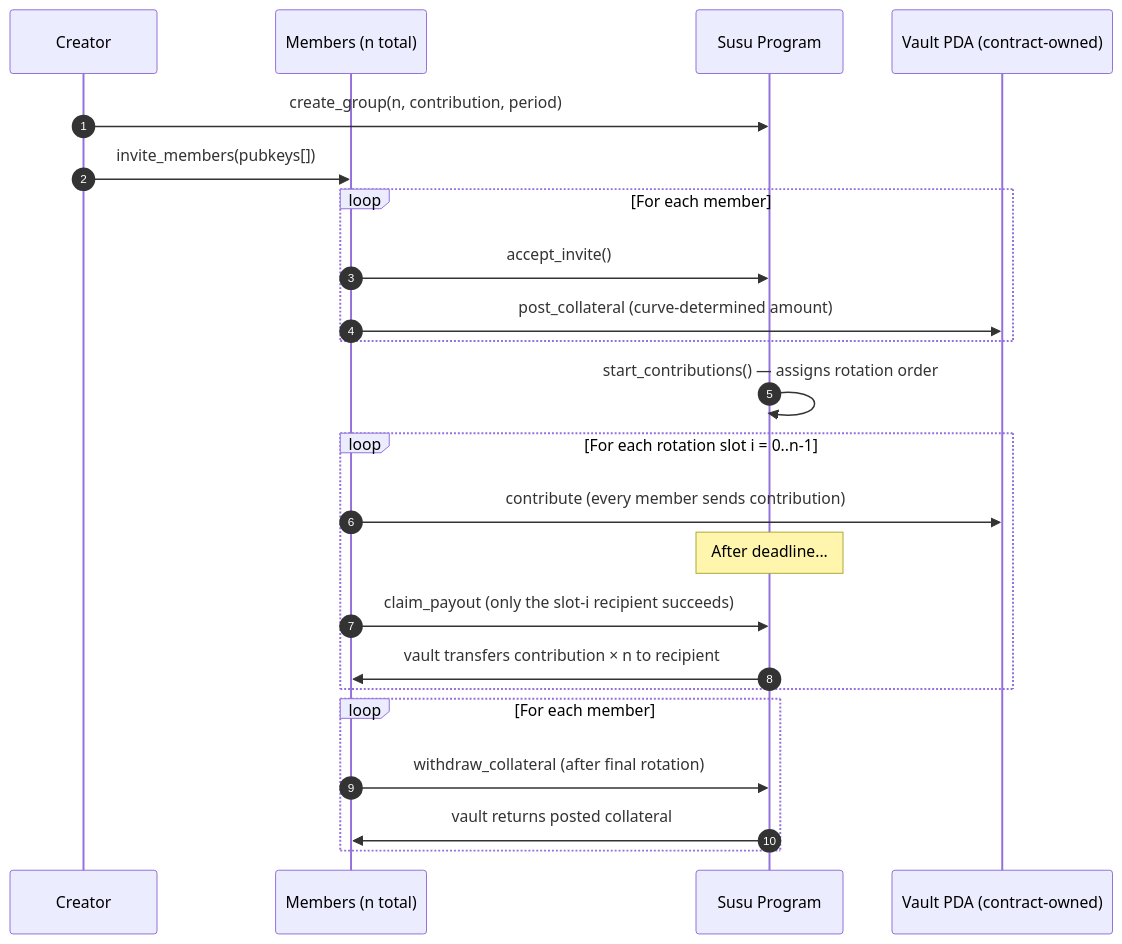
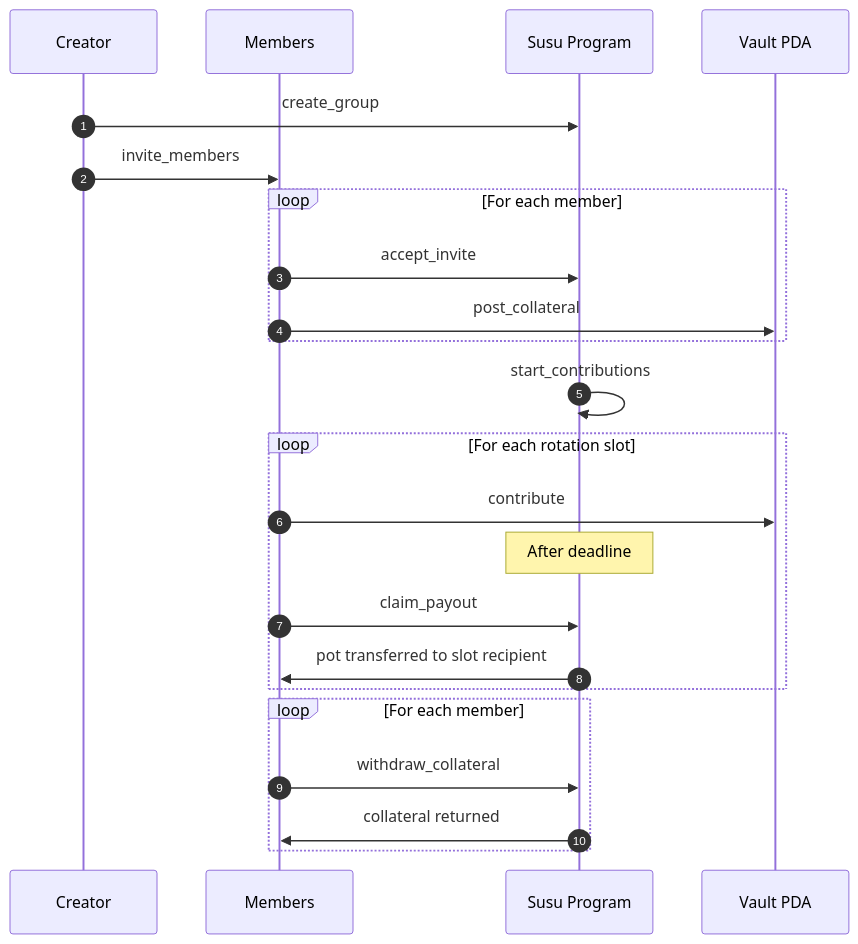
Before and after one commit to tantshirt/susu-monorepo: the first of 2 diagrams in README.md, drawn with Mermaid. The commit also changed other lines of this file, not shown here.

First paragraph of the commit message:
docs(readme): simplify Mermaid diagrams so they render on GitHub
The two Mermaid blocks (round-lifecycle sequence diagram + architecture
flowchart) rendered as blank panes on github.com/.../README.md. GitHub's
Mermaid parser is conservative; both diagrams used syntax it silently
chokes on:

````diff
--- a/README.md
+++ b/README.md
@@ -168,26 +168,26 @@
 ```mermaid
 sequenceDiagram
     autonumber
     participant Creator
-    participant Members as Members (n total)
+    participant Members
     participant Susu as Susu Program
-    participant Vault as Vault PDA (contract-owned)
+    participant Vault as Vault PDA
 
-    Creator->>Susu: create_group(n, contribution, period)
-    Creator->>Members: invite_members(pubkeys[])
+    Creator->>Susu: create_group
+    Creator->>Members: invite_members
     loop For each member
-        Members->>Susu: accept_invite()
-        Members->>Vault: post_collateral (curve-determined amount)
+        Members->>Susu: accept_invite
+        Members->>Vault: post_collateral
     end
-    Susu->>Susu: start_contributions() — assigns rotation order
-    loop For each rotation slot i = 0..n-1
-        Members->>Vault: contribute (every member sends contribution)
-        Note over Susu: After deadline...
-        Members->>Susu: claim_payout (only the slot-i recipient succeeds)
-        Susu->>Members: vault transfers contribution × n to recipient
+    Susu->>Susu: start_contributions
+    loop For each rotation slot
+        Members->>Vault: contribute
+        Note over Susu: After deadline
+        Members->>Susu: claim_payout
+        Susu->>Members: pot transferred to slot recipient
     end
     loop For each member
-        Members->>Susu: withdraw_collateral (after final rotation)
-        Susu->>Members: vault returns posted collateral
+        Members->>Susu: withdraw_collateral
+        Susu->>Members: collateral returned
     end
 ```
````
